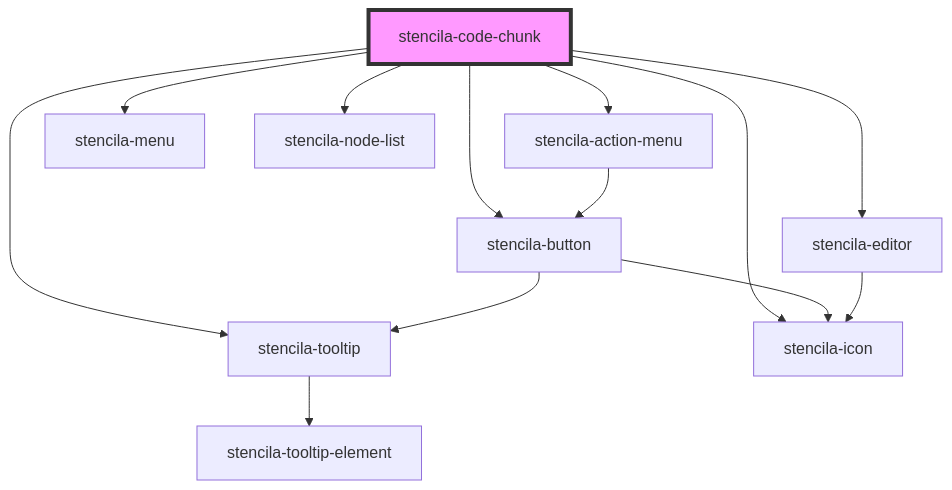
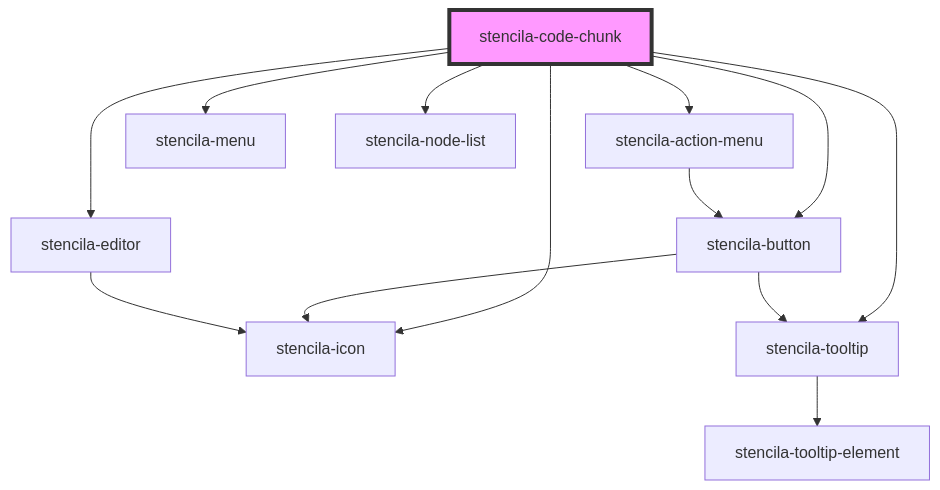
Before and after one commit to stencila/designa: the diagram in packages/components/src/components/codeChunk/readme.md, drawn with Mermaid. The commit also changed other lines of this file and 3 other files, not shown here.

Commit message:
fix(Code Dependency): Add icon for Parameter nodes

````diff
--- a/packages/components/src/components/codeChunk/readme.md
+++ b/packages/components/src/components/codeChunk/readme.md
@@ -112,16 +112,16 @@
 ```mermaid
 graph TD;
   stencila-code-chunk --> stencila-action-menu
   stencila-code-chunk --> stencila-menu
   stencila-code-chunk --> stencila-button
   stencila-code-chunk --> stencila-editor
   stencila-code-chunk --> stencila-node-list
+  stencila-code-chunk --> stencila-icon
   stencila-code-chunk --> stencila-tooltip
-  stencila-code-chunk --> stencila-icon
   stencila-action-menu --> stencila-button
   stencila-button --> stencila-icon
   stencila-button --> stencila-tooltip
   stencila-tooltip --> stencila-tooltip-element
   stencila-editor --> stencila-icon
   style stencila-code-chunk fill:#f9f,stroke:#333,stroke-width:4px
 ```
````
